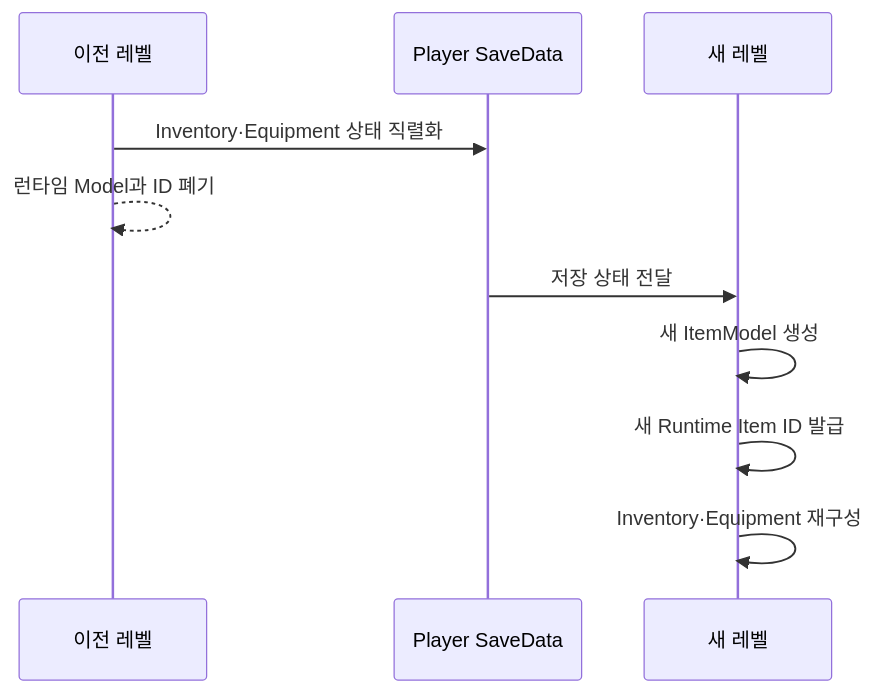
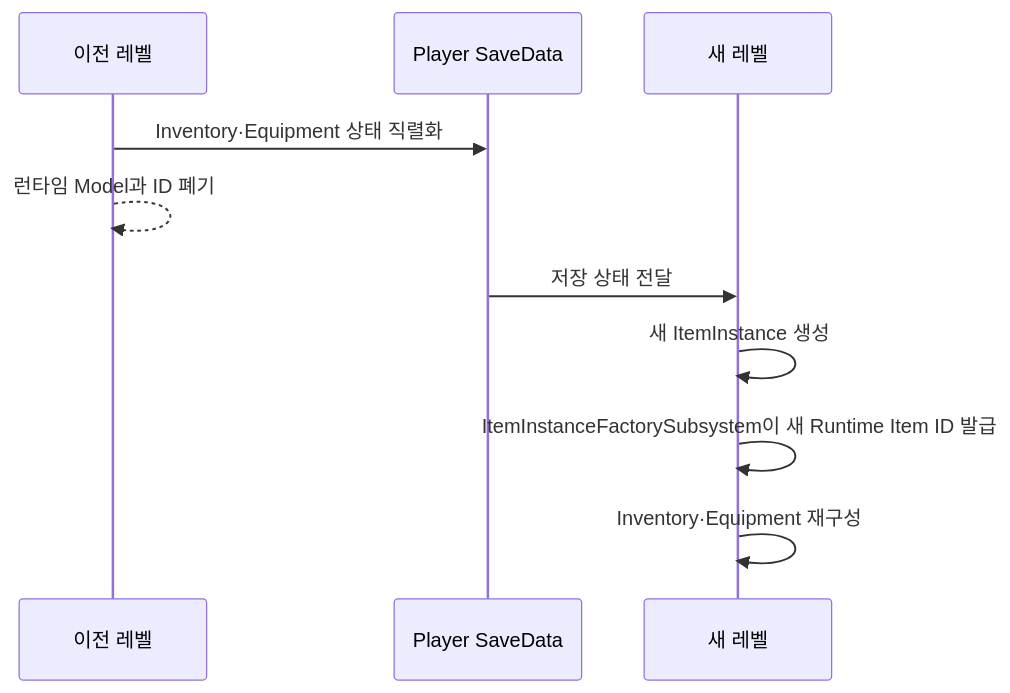
Before and after one commit to liang2papa/Astra_Docs: the second of 3 diagrams in Wiki/03_시스템 설계/장비와 인벤토리.md, drawn with Mermaid. The commit also changed other lines of this file and 11 other files, not shown here.

````diff
--- a/Wiki/03_시스템 설계/장비와 인벤토리.md
+++ b/Wiki/03_시스템 설계/장비와 인벤토리.md
@@ -132,12 +136,12 @@
 ```mermaid
 sequenceDiagram
     participant Old as 이전 레벨
     participant Save as Player SaveData
     participant New as 새 레벨
     Old->>Save: Inventory·Equipment 상태 직렬화
     Old-->>Old: 런타임 Model과 ID 폐기
     Save->>New: 저장 상태 전달
-    New->>New: 새 ItemModel 생성
-    New->>New: 새 Runtime Item ID 발급
+    New->>New: 새 ItemInstance 생성
+    New->>New: ItemInstanceFactorySubsystem이 새 Runtime Item ID 발급
     New->>New: Inventory·Equipment 재구성
 ```
````
